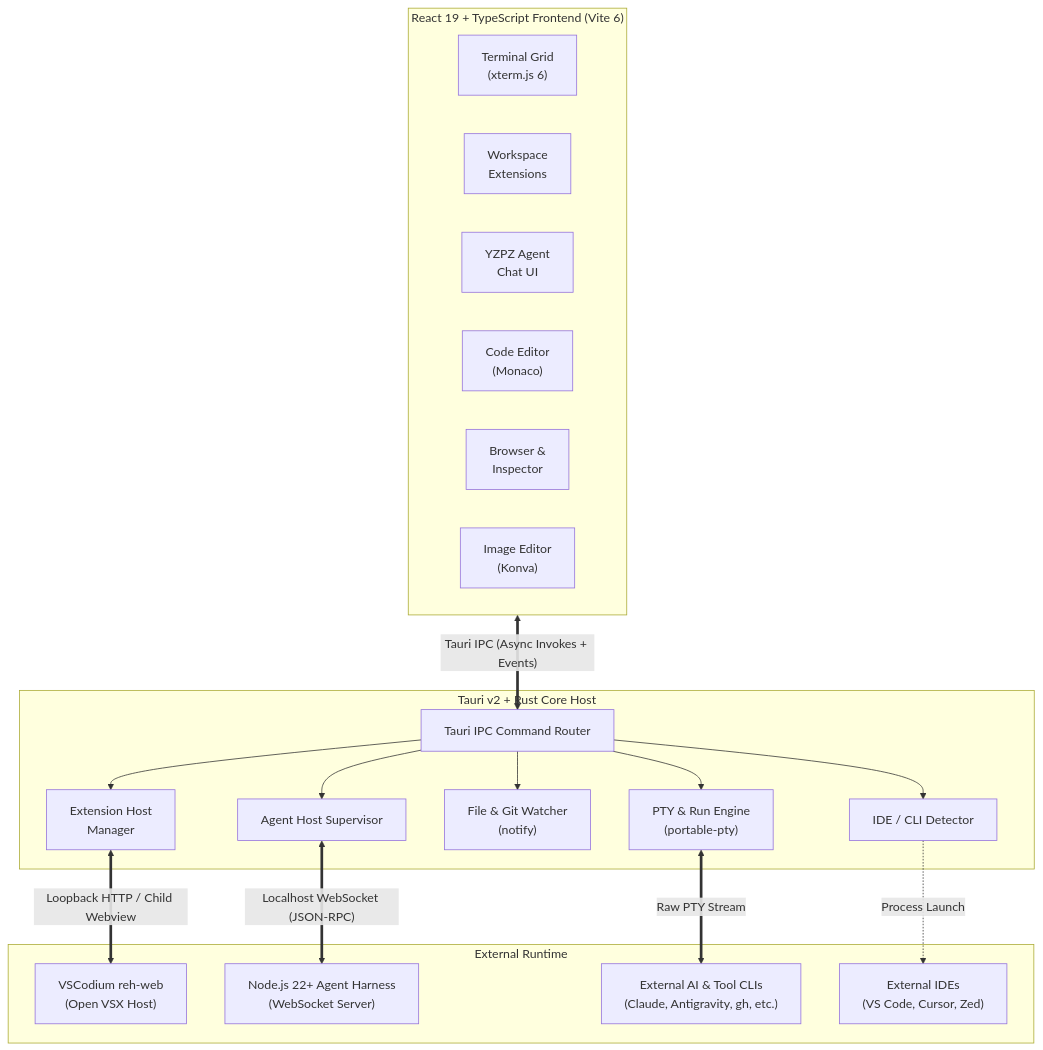
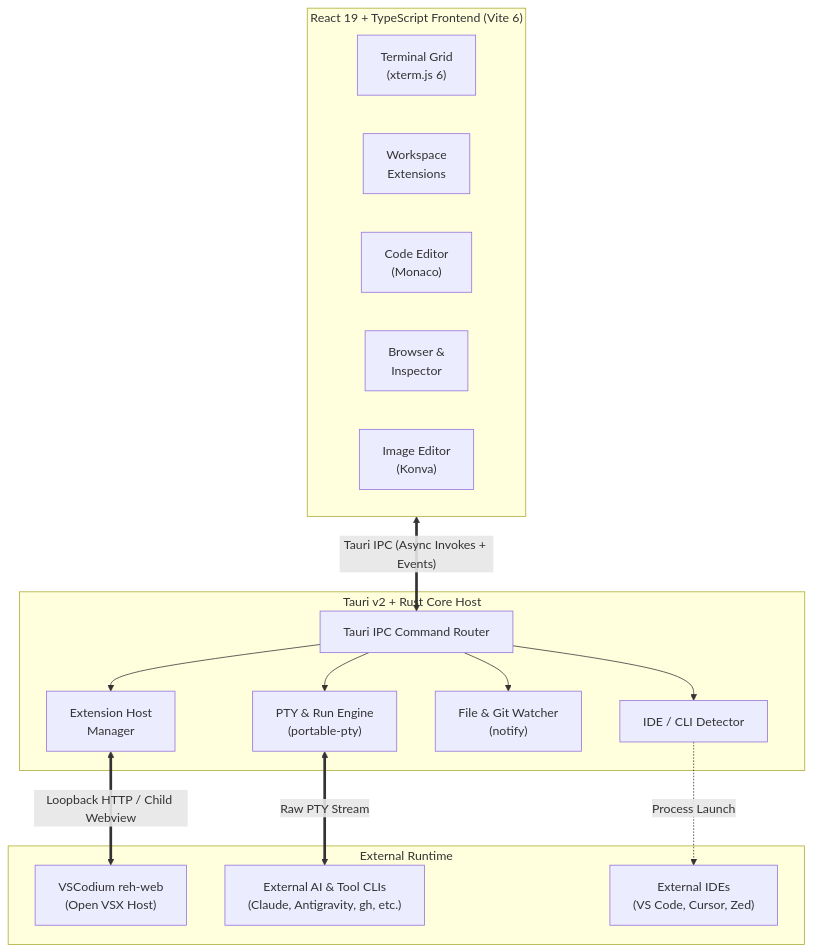
The diagram in README.md (wolfenazz/YzPzCode), drawn with Mermaid before and after one commit. The commit also changed other lines of this file and 165 other files, not shown here.

````diff
--- a/README.md
+++ b/README.md
@@ -306,40 +278,35 @@
 ```mermaid
 flowchart TB
     subgraph Frontend["React 19 + TypeScript Frontend (Vite 6)"]
         direction LR
         UI_Term["Terminal Grid\n(xterm.js 6)"]
         UI_Ext["Workspace\nExtensions"]
-        UI_Agent["YZPZ Agent\nChat UI"]
         UI_Editor["Code Editor\n(Monaco)"]
         UI_Browser["Browser &\nInspector"]
         UI_Image["Image Editor\n(Konva)"]
     end
 
     subgraph TauriHost["Tauri v2 + Rust Core Host"]
         IPC["Tauri IPC Command Router"]
         PTY["PTY & Run Engine\n(portable-pty)"]
         ExtHost["Extension Host\nManager"]
         FS["File & Git Watcher\n(notify)"]
-        Host["Agent Host Supervisor"]
         DevEnv["IDE / CLI Detector"]
     end
 
     subgraph External["External Runtime"]
         ExtRuntime["VSCodium reh-web\n(Open VSX Host)"]
-        Harness["Node.js 22+ Agent Harness\n(WebSocket Server)"]
         CLIs["External AI & Tool CLIs\n(Claude, Antigravity, gh, etc.)"]
         IDEs["External IDEs\n(VS Code, Cursor, Zed)"]
     end
 
     Frontend <==>|"Tauri IPC (Async Invokes + Events)"| IPC
     IPC --> PTY
     IPC --> ExtHost
     IPC --> FS
-    IPC --> Host
     IPC --> DevEnv
 
     PTY <==>|"Raw PTY Stream"| CLIs
     ExtHost <==>|"Loopback HTTP / Child Webview"| ExtRuntime
-    Host <==>|"Localhost WebSocket (JSON-RPC)"| Harness
     DevEnv -.->|"Process Launch"| IDEs
 ```
````
